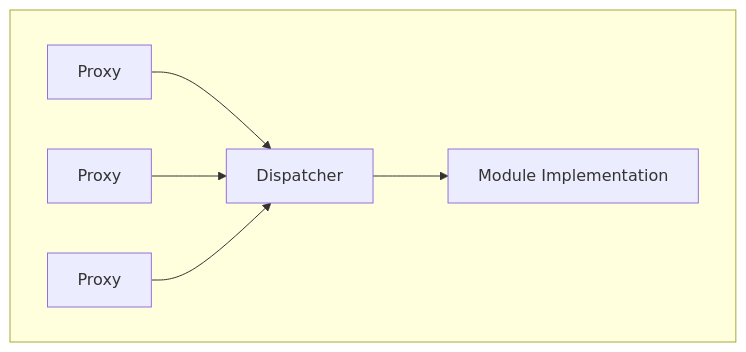
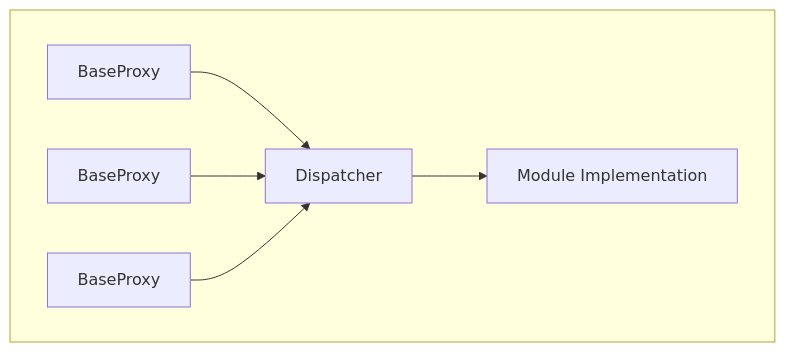
The second of 5 diagrams in docs/IMPLEMENTERS.md (chromaxyz/reflex), drawn with Mermaid before and after one commit. The commit also changed other lines of this file, not shown here.

Commit message:
clean up

````diff
--- a/docs/IMPLEMENTERS.md
+++ b/docs/IMPLEMENTERS.md
@@ -48,9 +48,9 @@
 ```mermaid
 graph TD
   subgraph MultiProxy [ ]
-  Proxy1["Proxy"] --> Dispatcher
-  Proxy2["Proxy"] --> Dispatcher
-  Proxy3["Proxy"] --> Dispatcher
+  Proxy1["BaseProxy"] --> Dispatcher
+  Proxy2["BaseProxy"] --> Dispatcher
+  Proxy3["BaseProxy"] --> Dispatcher
   Dispatcher --> Module["Module Implementation"]
   end
 ```
````
